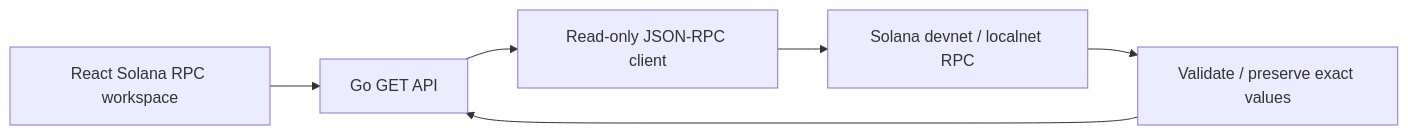
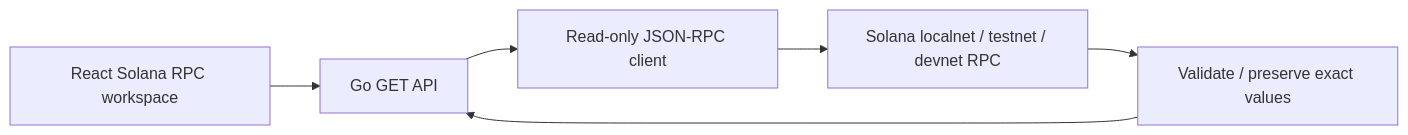
One commit to tomsyoya/intentledger changed the diagram in backend/README.md. Above: the diagram before and after it, drawn with Mermaid. The commit also changed other lines of this file and 10 other files, not shown here.

Commit message:
feat: select Solana RPC by deployment environment

````diff
--- a/backend/README.md
+++ b/backend/README.md
@@ -152,8 +171,8 @@
 ```mermaid
 flowchart LR
   UI[React Solana RPC workspace] --> A[Go GET API]
   A --> C[Read-only JSON-RPC client]
-  C --> S[Solana devnet / localnet RPC]
+  C --> S[Solana localnet / testnet / devnet RPC]
   S --> V[Validate / preserve exact values]
   V --> A
 ```
````
